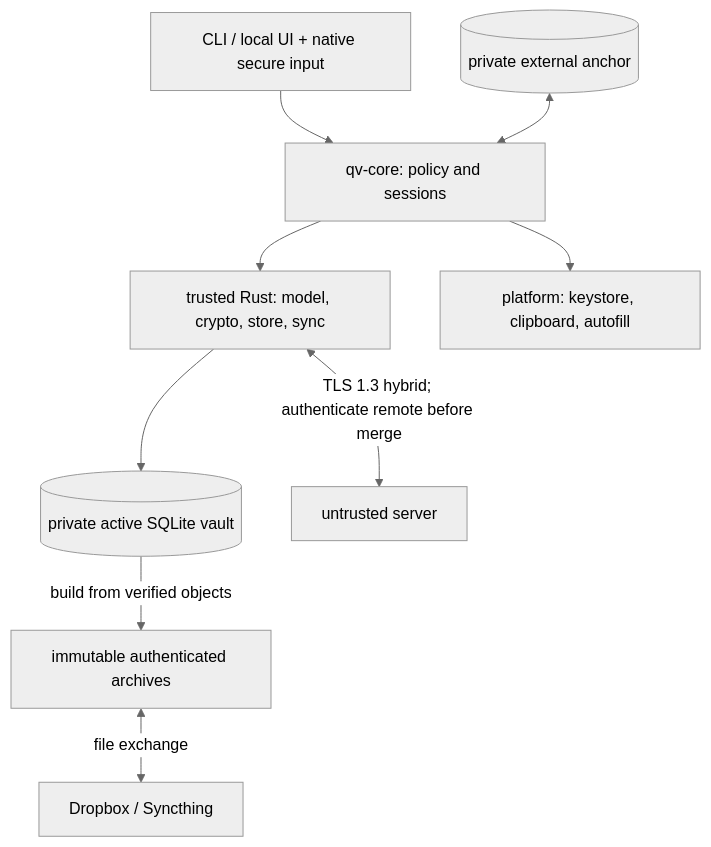
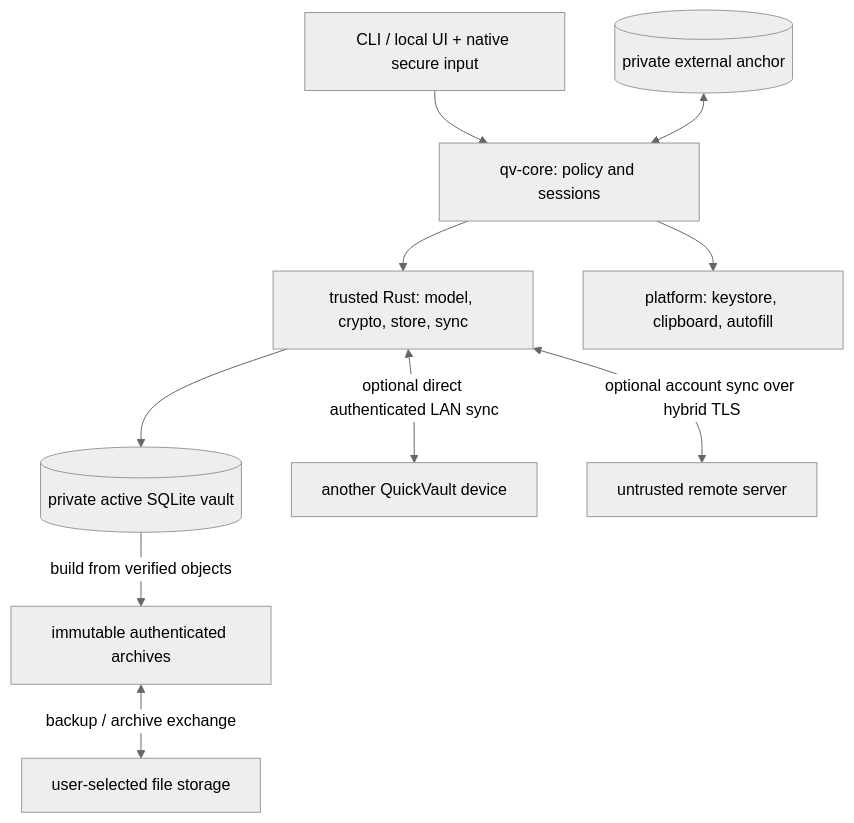
Before and after one commit to rdbo/quickvault: the diagram in ARCHITECTURE.md, drawn with Mermaid (neutral theme). The commit also changed other lines of this file and 15 other files, not shown here.

````diff
--- a/ARCHITECTURE.md
+++ b/ARCHITECTURE.md
@@ -79,11 +98,12 @@
 ```mermaid
 flowchart TB
     ui["CLI / local UI + native secure input"] --> core["qv-core: policy and sessions"]
     core --> rust["trusted Rust: model, crypto, store, sync"]
     core --> platform["platform: keystore, clipboard, autofill"]
     rust --> db[("private active SQLite vault")]
     db -->|"build from verified objects"| snapshot["immutable authenticated archives"]
-    snapshot <-->|"file exchange"| files["Dropbox / Syncthing"]
-    rust <-->|"TLS 1.3 hybrid; authenticate remote before merge"| server["untrusted server"]
+    snapshot <-->|"backup / archive exchange"| files["user-selected file storage"]
+    rust <-->|"optional direct authenticated LAN sync"| peer["another QuickVault device"]
+    rust <-->|"optional account sync over hybrid TLS"| server["untrusted remote server"]
     anchor[("private external anchor")] <--> core
 ```
````
